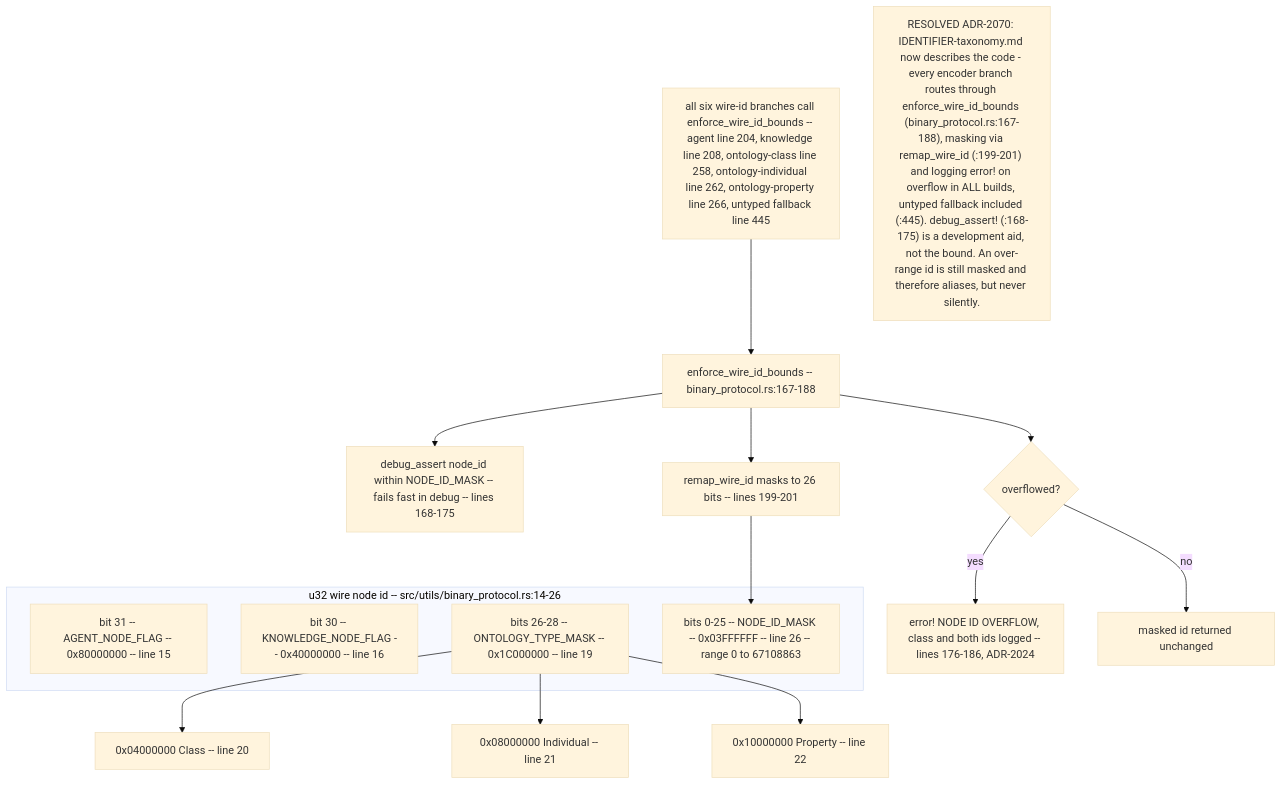
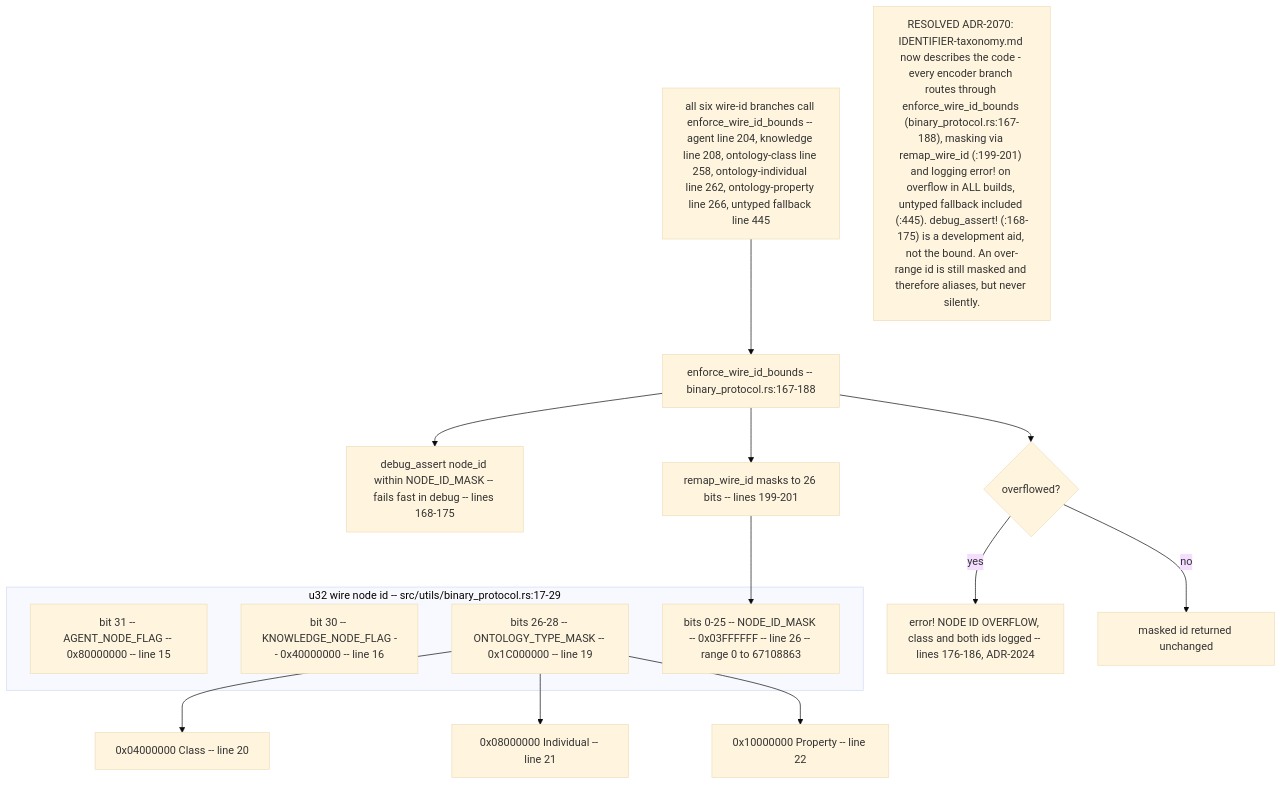
One commit to DreamLab-AI/AR-AI-Knowledge-Graph changed the seventh of 10 diagrams in docs/diagrams/visionclaw/23-identifiers-urn-did-sha12.md. Above: the diagram before and after it, drawn with Mermaid (base theme). The commit also changed other lines of this file and 73 other files, not shown here.

First line of the commit message:
docs(diagrams): re-verify all 71 topic files against HEAD; add --cite-check

````diff
--- a/docs/diagrams/visionclaw/23-identifiers-urn-did-sha12.md
+++ b/docs/diagrams/visionclaw/23-identifiers-urn-did-sha12.md
@@ -271,24 +273,24 @@
 ```mermaid
 flowchart TD
-    subgraph WireU32["u32 wire node id -- src/utils/binary_protocol.rs:14-26"]
+    subgraph WireU32["u32 wire node id -- src/utils/binary_protocol.rs:17-29"]
         B31["bit 31 -- AGENT_NODE_FLAG -- 0x80000000 -- line 15"]
         B30["bit 30 -- KNOWLEDGE_NODE_FLAG -- 0x40000000 -- line 16"]
         BOnt["bits 26-28 -- ONTOLOGY_TYPE_MASK -- 0x1C000000 -- line 19"]
         BId["bits 0-25 -- NODE_ID_MASK -- 0x03FFFFFF -- line 26 -- range 0 to 67108863"]
     end
     BOnt --> OC["0x04000000 Class -- line 20"]
     BOnt --> OI["0x08000000 Individual -- line 21"]
     BOnt --> OP["0x10000000 Property -- line 22"]
 
     Enc["enforce_wire_id_bounds -- binary_protocol.rs:167-188"]
     Enc --> Assert["debug_assert node_id within NODE_ID_MASK -- fails fast in debug -- lines 168-175"]
     Enc --> Remap["remap_wire_id masks to 26 bits -- lines 199-201"]
     Remap --> BId
     Enc --> LogCheck{"overflowed?"}
     LogCheck -->|yes| Log["error! NODE ID OVERFLOW, class and both ids logged -- lines 176-186, ADR-2024"]
     LogCheck -->|no| NoLog["masked id returned unchanged"]
 
     Setters["all six wire-id branches call enforce_wire_id_bounds -- agent line 204, knowledge line 208, ontology-class line 258, ontology-individual line 262, ontology-property line 266, untyped fallback line 445"] --> Enc
 
     Drift["RESOLVED ADR-2070: IDENTIFIER-taxonomy.md now describes the code - every encoder branch routes through enforce_wire_id_bounds (binary_protocol.rs:167-188), masking via remap_wire_id (:199-201) and logging error! on overflow in ALL builds, untyped fallback included (:445). debug_assert! (:168-175) is a development aid, not the bound. An over-range id is still masked and therefore aliases, but never silently."]
 ```
````
